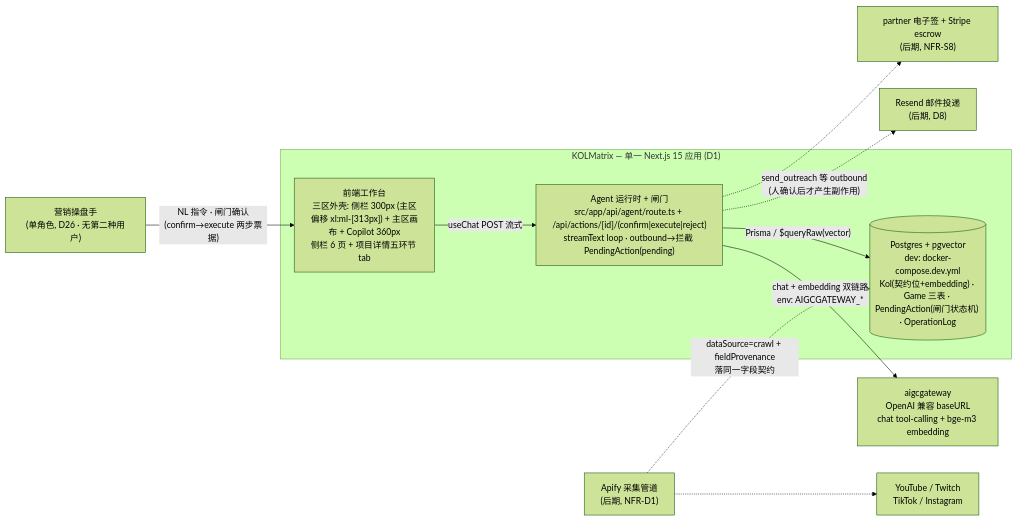
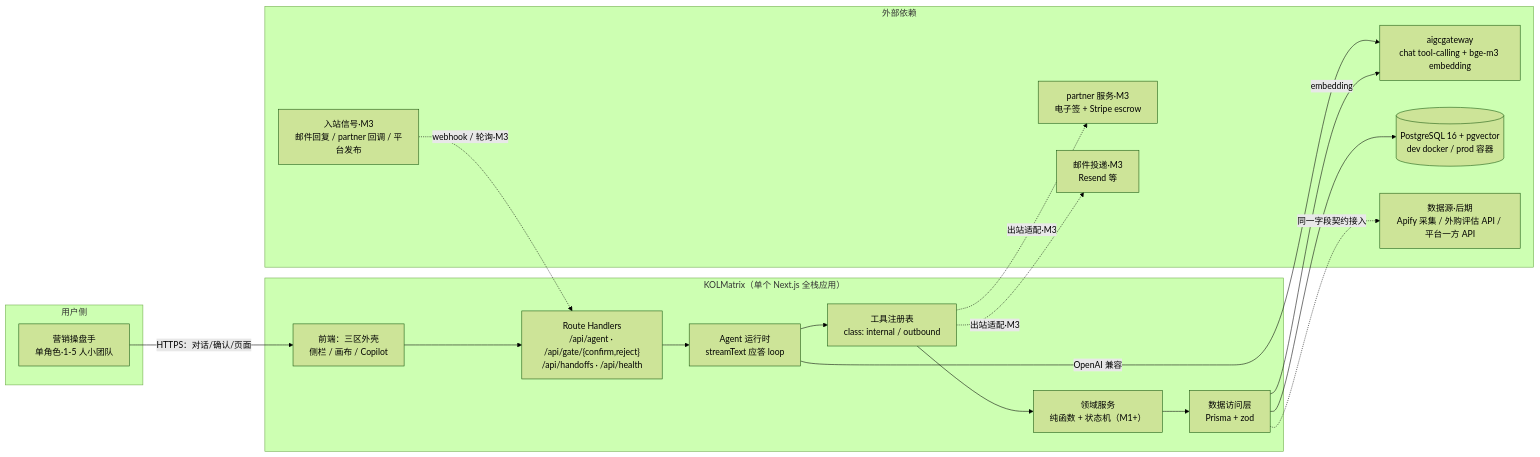
Before and after one commit to tripplemay/newkolmatrix: the second of 6 diagrams in docs/dev/architecture.md, drawn with Mermaid (forest theme). The commit also changed other lines of this file and 2 other files, not shown here.

````diff
--- a/docs/dev/architecture.md
+++ b/docs/dev/architecture.md
@@ -148,25 +180,34 @@
 ```mermaid
 flowchart LR
-  operator["营销操盘手<br/>(单角色, D26 · 无第二种用户)"]
+    subgraph 用户侧
+        U[营销操盘手<br/>单角色·1-5 人小团队]
+    end
 
-  subgraph kolmatrix["KOLMatrix — 单一 Next.js 15 应用 (D1)"]
-    fe["前端工作台<br/>三区外壳: 侧栏 300px (主区偏移 xl:ml-[313px]) + 主区画布 + Copilot 360px<br/>侧栏 6 页 + 项目详情五环节 tab"]
-    rt["Agent 运行时 + 闸门<br/>src/app/api/agent/route.ts + /api/actions/[id]/(confirm|execute|reject)<br/>streamText loop · outbound→拦截 PendingAction(pending)"]
-    db[("Postgres + pgvector<br/>dev: docker-compose.dev.yml<br/>Kol(契约位+embedding) · Game 三表 · PendingAction(闸门状态机) · OperationLog")]
-  end
+    subgraph KOLMatrix["KOLMatrix（单个 Next.js 全栈应用）"]
+        FE[前端：三区外壳<br/>侧栏 / 画布 / Copilot]
+        API["Route Handlers<br/>/api/agent · /api/gate/{confirm,reject}<br/>/api/handoffs · /api/health"]
+        AGENT[Agent 运行时<br/>streamText 应答 loop]
+        TOOLS[工具注册表<br/>class: internal / outbound]
+        DOMAIN[领域服务<br/>纯函数 + 状态机（M1+）]
+        LIB[数据访问层<br/>Prisma + zod]
+    end
 
-  gw["aigcgateway<br/>OpenAI 兼容 baseURL<br/>chat tool-calling + bge-m3 embedding"]
-  apify["Apify 采集管道<br/>(后期, NFR-D1)"]
-  resend["Resend 邮件投递<br/>(后期, D8)"]
-  partner["partner 电子签 + Stripe escrow<br/>(后期, NFR-S8)"]
-  platforms["YouTube / Twitch<br/>TikTok / Instagram"]
+    subgraph 外部依赖
+        GW[aigcgateway<br/>chat tool-calling + bge-m3 embedding]
+        DB[(PostgreSQL 16 + pgvector<br/>dev docker / prod 容器)]
+        PARTNER[partner 服务·M3<br/>电子签 + Stripe escrow]
+        EXT[数据源·后期<br/>Apify 采集 / 外购评估 API / 平台一方 API]
+        MAIL[邮件投递·M3<br/>Resend 等]
+        SIGIN[入站信号·M3<br/>邮件回复 / partner 回调 / 平台发布]
+    end
 
-  operator -->|"NL 指令 · 闸门确认(confirm→execute 两步票据)"| fe
-  fe -->|"useChat POST 流式"| rt
-  rt -->|"chat + embedding 双链路<br/>env: AIGCGATEWAY_*"| gw
-  rt -->|"Prisma / $queryRaw(vector)"| db
-  apify -.->|"dataSource=crawl + fieldProvenance<br/>落同一字段契约"| db
-  apify -.-> platforms
-  rt -.->|"send_outreach 等 outbound<br/>(人确认后才产生副作用)"| resend
-  rt -.-> partner
+    U -->|HTTPS：对话/确认/页面| FE
+    FE --> API
+    API --> AGENT --> TOOLS --> DOMAIN --> LIB --> DB
+    AGENT -->|OpenAI 兼容| GW
+    LIB -->|embedding| GW
+    TOOLS -. 出站适配·M3 .-> PARTNER
+    TOOLS -. 出站适配·M3 .-> MAIL
+    SIGIN -.->|webhook / 轮询·M3| API
+    LIB -. 同一字段契约接入 .-> EXT
 ```
````
